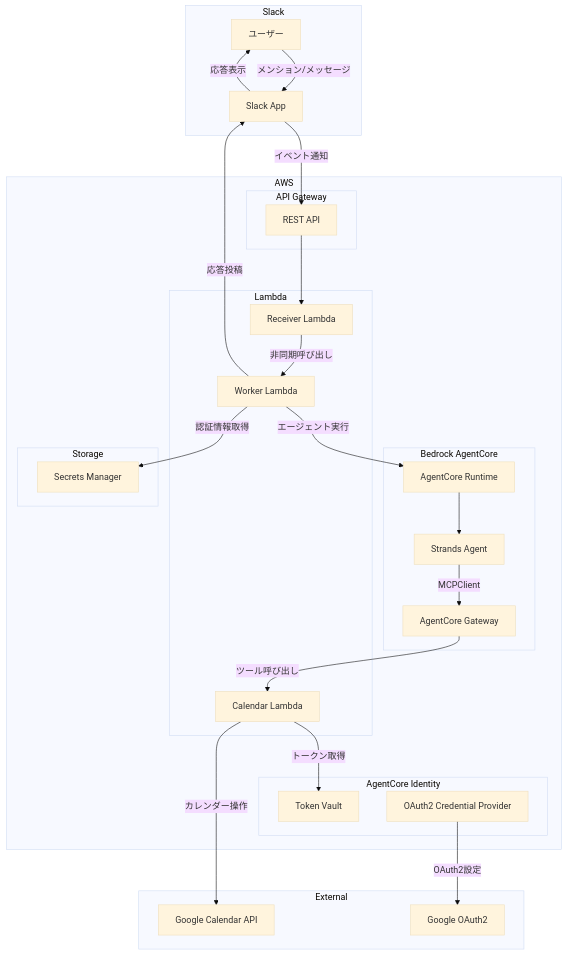
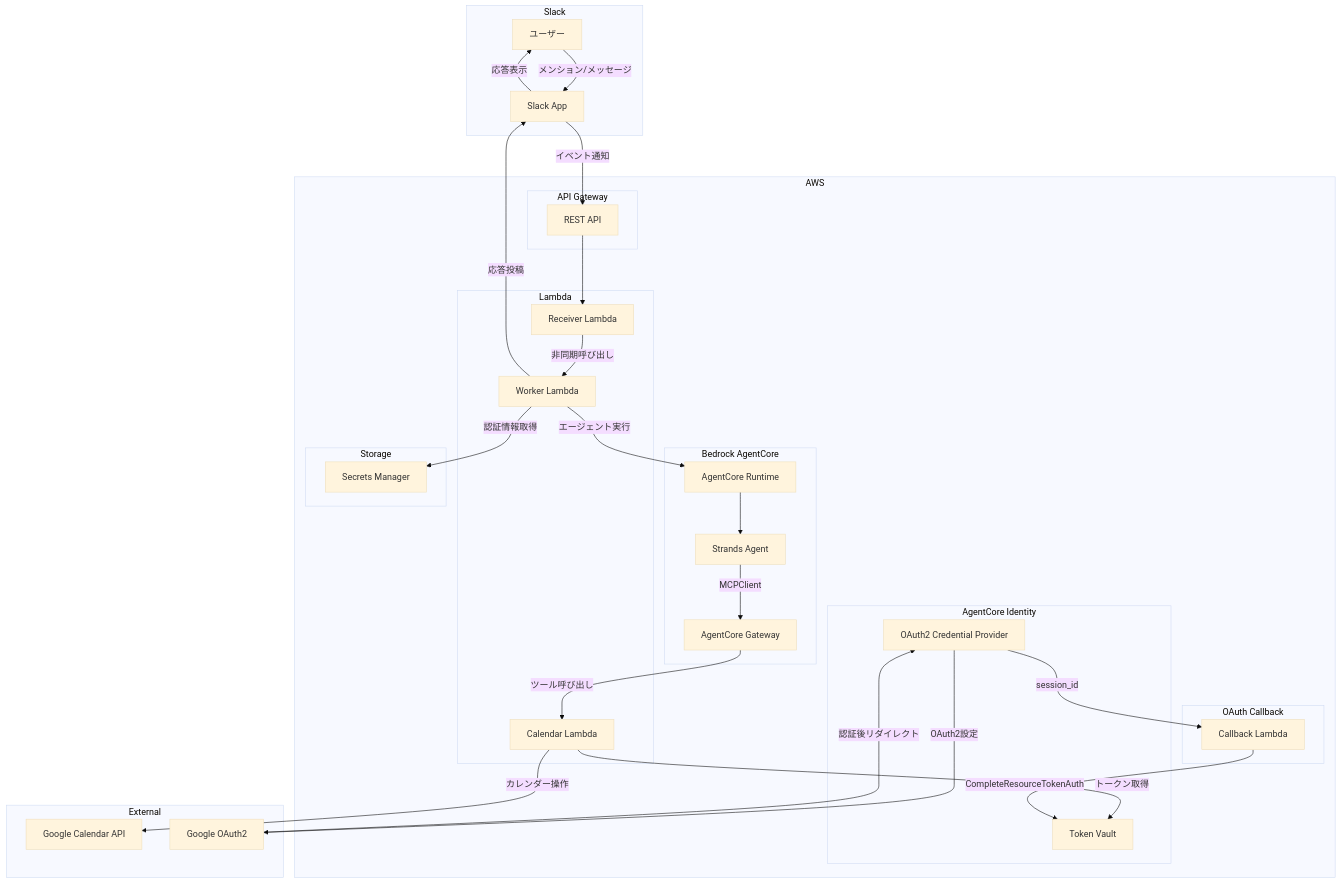
The first of 6 diagrams in docs/functional-design.md (foie0222/mynion), drawn with Mermaid (base theme) before and after one commit. The commit also changed other lines of this file and 22 other files, not shown here.

````diff
--- a/docs/functional-design.md
+++ b/docs/functional-design.md
@@ -5,54 +5,61 @@
 ```mermaid
 graph TB
     subgraph Slack
         User[ユーザー]
         SlackApp[Slack App]
     end
 
     subgraph AWS
         subgraph "API Gateway"
             APIGW[REST API]
         end
 
         subgraph "Lambda"
             Receiver[Receiver Lambda]
             Worker[Worker Lambda]
             CalendarLambda[Calendar Lambda]
         end
 
         subgraph "Bedrock AgentCore"
             Runtime[AgentCore Runtime]
             Agent[Strands Agent]
             Gateway[AgentCore Gateway]
         end
 
         subgraph "Storage"
             Secrets[Secrets Manager]
         end
 
         subgraph "AgentCore Identity"
             TokenVault[Token Vault]
             CredProvider[OAuth2 Credential Provider]
         end
+
+        subgraph "OAuth Callback"
+            CallbackLambda[Callback Lambda]
+        end
     end
 
     subgraph External
         GCal[Google Calendar API]
         GoogleAuth[Google OAuth2]
     end
 
     User -->|メンション/メッセージ| SlackApp
     SlackApp -->|イベント通知| APIGW
     APIGW --> Receiver
     Receiver -->|非同期呼び出し| Worker
     Worker -->|エージェント実行| Runtime
     Runtime --> Agent
     Agent -->|MCPClient| Gateway
     Gateway -->|ツール呼び出し| CalendarLambda
     CalendarLambda -->|カレンダー操作| GCal
     CalendarLambda -->|トークン取得| TokenVault
     CredProvider -->|OAuth2設定| GoogleAuth
+    GoogleAuth -->|認証後リダイレクト| CredProvider
+    CredProvider -->|session_id| CallbackLambda
+    CallbackLambda -->|CompleteResourceTokenAuth| TokenVault
     Worker -->|認証情報取得| Secrets
     Worker -->|応答投稿| SlackApp
     SlackApp -->|応答表示| User
 ```
````
